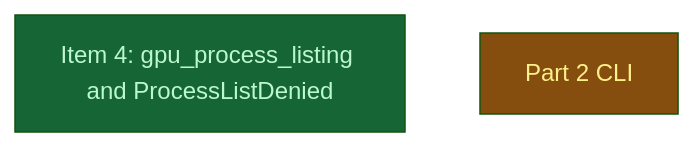
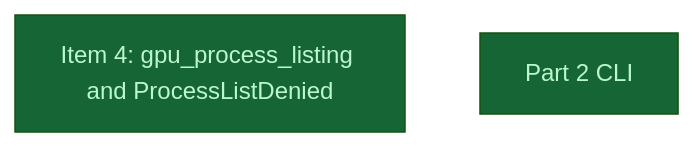
One commit to LittleCoinCoin/hypomnesis changed the diagram in __roadmap__/v0214-sandbox/part1/close/part2/api/README.md. Above: the diagram before and after it, drawn with Mermaid (forest theme). The commit also changed other lines of this file and 5 other files, not shown here.

First line of the commit message:
docs(roadmap): PR C is ready for review; part2, close and part1 are done

````diff
--- a/__roadmap__/v0214-sandbox/part1/close/part2/api/README.md
+++ b/__roadmap__/v0214-sandbox/part1/close/part2/api/README.md
@@ -16,10 +16,10 @@
 ```mermaid
 graph TD
     gpu_process_listing[Item 4: gpu_process_listing and ProcessListDenied]:::done
-    cli[Part 2 CLI]:::inprogress
+    cli[Part 2 CLI]:::done
     classDef done       fill:#166534,color:#bbf7d0
     classDef inprogress fill:#854d0e,color:#fef08a
     classDef planned    fill:#374151,color:#e5e7eb
     classDef amendment  fill:#1e3a5f,color:#bfdbfe
     classDef blocked    fill:#7f1d1d,color:#fecaca
 ```
````
